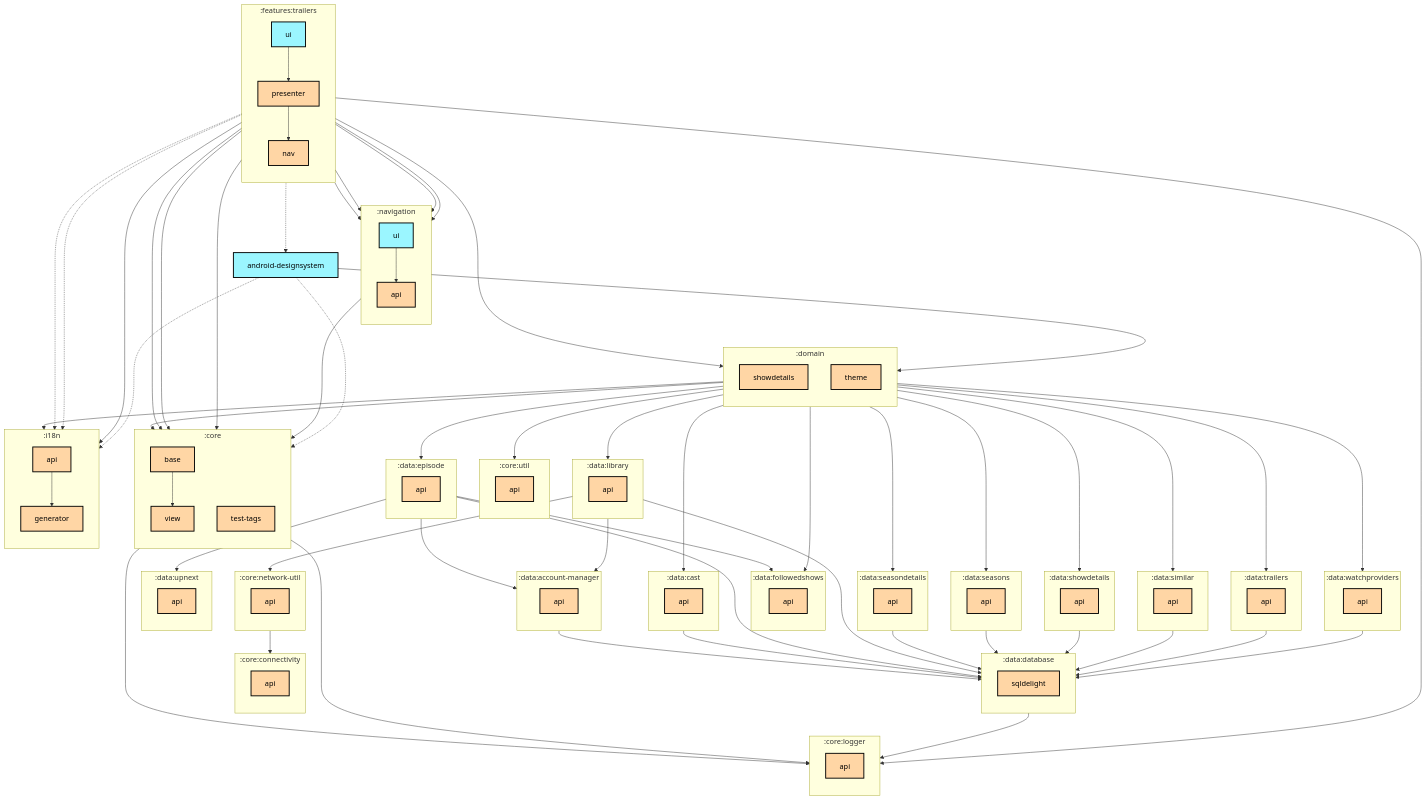
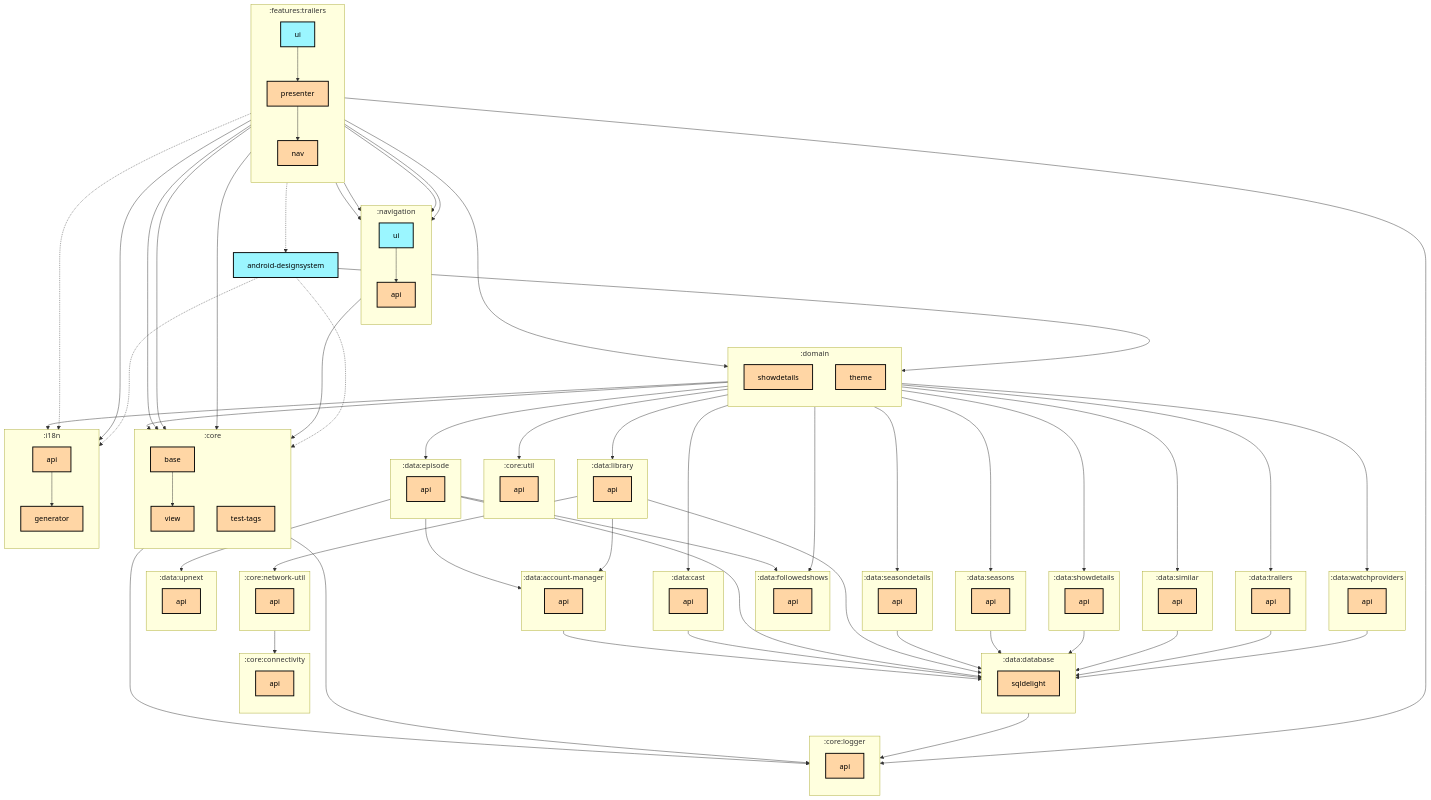
Before and after one commit to thomaskioko/tv-maniac: the first of 2 diagrams in features/trailers/ui/README.md, drawn with Mermaid.

Commit message:
Update the trailers screen module graph

```diff
--- a/features/trailers/ui/README.md
+++ b/features/trailers/ui/README.md
@@ -150,7 +150,6 @@
   :features:trailers:ui -.-> :android-designsystem
   :features:trailers:ui --> :core:base
   :features:trailers:ui --> :features:trailers:presenter
-  :features:trailers:ui -.-> :i18n:generator
   :features:trailers:ui --> :navigation:api
   :features:trailers:ui --> :navigation:ui
   :i18n:api --> :i18n:generator
```
